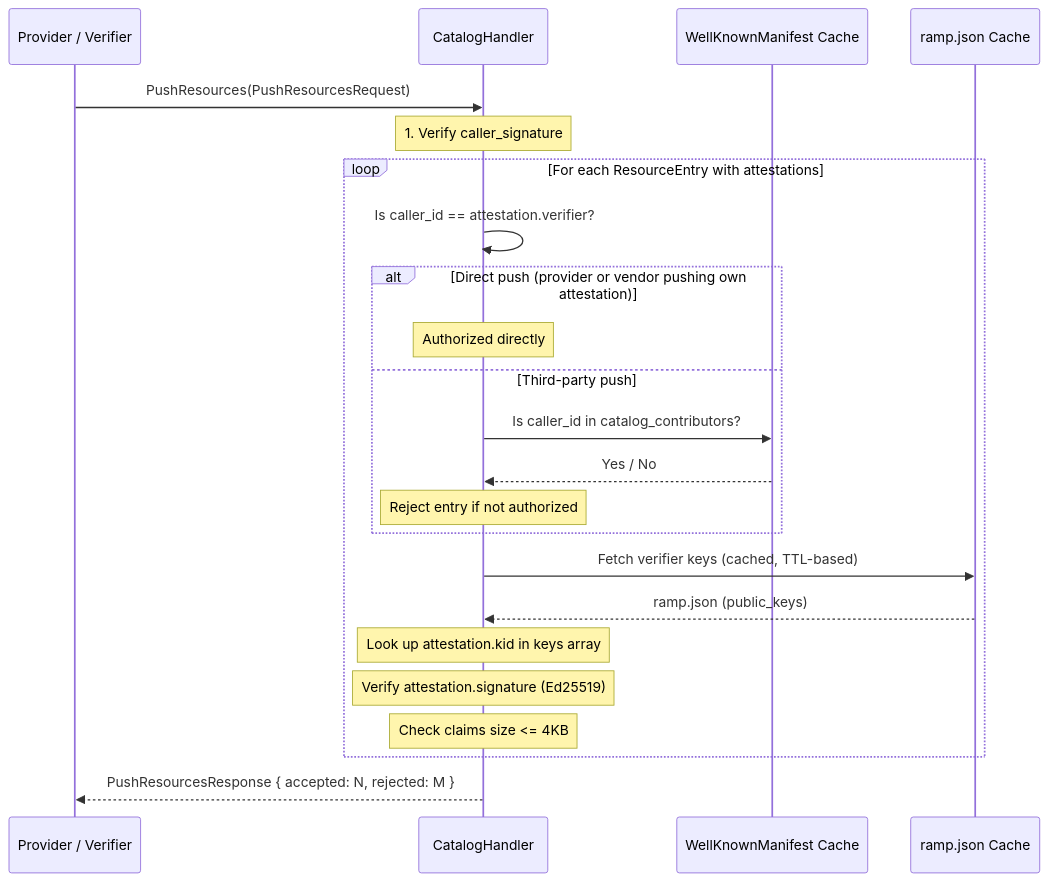
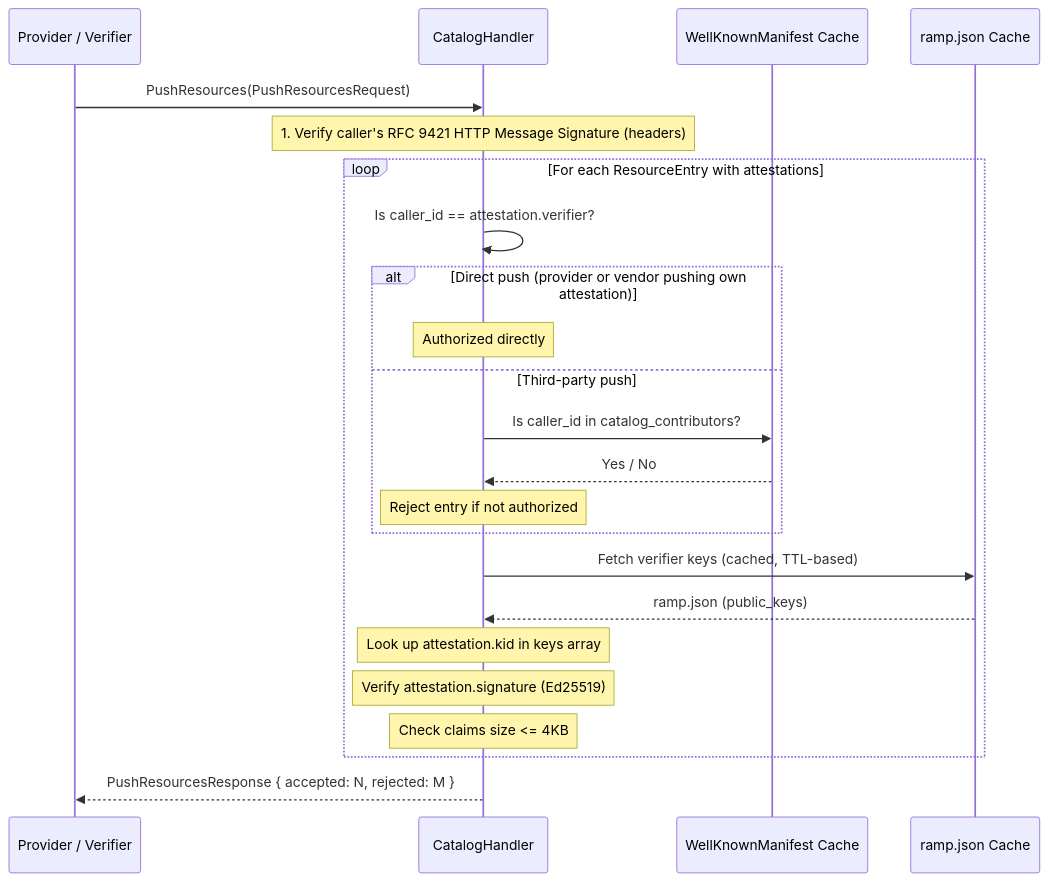
One commit to RAMP-Protocol/protocol changed the fourth of 5 diagrams in website/src/content/docs/components/exchange/request-flows.mdx. Above: the diagram before and after it, drawn with Mermaid. The commit also changed other lines of this file and 23 other files, not shown here.

````diff
--- a/website/src/content/docs/components/exchange/request-flows.mdx
+++ b/website/src/content/docs/components/exchange/request-flows.mdx
@@ -808,32 +810,32 @@
 ```mermaid
 sequenceDiagram
     participant Caller as Provider / Verifier
     participant Handler as CatalogHandler
     participant Manifest as WellKnownManifest Cache
     participant Verifier as ramp.json Cache
 
     Caller->>Handler: PushResources(PushResourcesRequest)
 
-    Note over Handler: 1. Verify caller_signature
+    Note over Handler: 1. Verify caller's RFC 9421 HTTP Message Signature (headers)
 
     loop For each ResourceEntry with attestations
         Handler->>Handler: Is caller_id == attestation.verifier?
 
         alt Direct push (provider or vendor pushing own attestation)
             Note over Handler: Authorized directly
         else Third-party push
             Handler->>Manifest: Is caller_id in catalog_contributors?
             Manifest-->>Handler: Yes / No
             Note over Handler: Reject entry if not authorized
         end
 
         Handler->>Verifier: Fetch verifier keys (cached, TTL-based)
         Verifier-->>Handler: ramp.json (public_keys)
 
         Note over Handler: Look up attestation.kid in keys array
         Note over Handler: Verify attestation.signature (Ed25519)
         Note over Handler: Check claims size <= 4KB
     end
 
     Handler-->>Caller: PushResourcesResponse { accepted: N, rejected: M }
 ```
````
